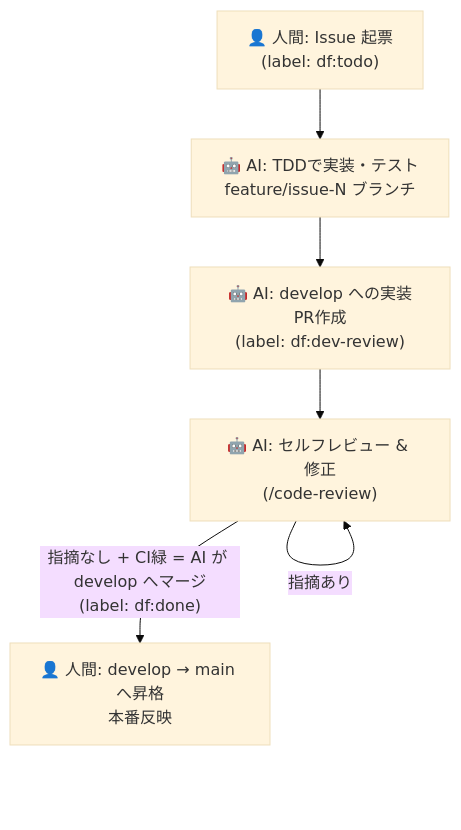
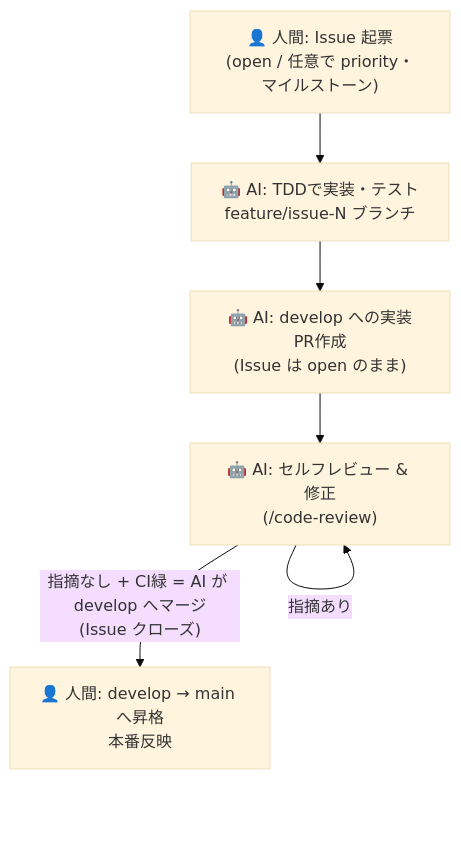
One commit to itizawa/ai-workspace changed the diagram in docs/dark-factory-workflow.md. Above: the diagram before and after it, drawn with Mermaid (base theme). The commit also changed other lines of this file and 4 other files, not shown here.

````diff
--- a/docs/dark-factory-workflow.md
+++ b/docs/dark-factory-workflow.md
@@ -9,8 +9,8 @@
 ```mermaid
 flowchart TD
-    A["👤 人間: Issue 起票<br/>(label: df:todo)"] --> D["🤖 AI: TDDで実装・テスト<br/>feature/issue-N ブランチ"]
-    D --> E["🤖 AI: develop への実装PR作成<br/>(label: df:dev-review)"]
+    A["👤 人間: Issue 起票<br/>(open / 任意で priority・マイルストーン)"] --> D["🤖 AI: TDDで実装・テスト<br/>feature/issue-N ブランチ"]
+    D --> E["🤖 AI: develop への実装PR作成<br/>(Issue は open のまま)"]
     E --> F["🤖 AI: セルフレビュー & 修正<br/>(/code-review)"]
     F -- 指摘あり --> F
-    F -- 指摘なし + CI緑 = AI が develop へマージ<br/>(label: df:done) --> H["👤 人間: develop → main へ昇格<br/>本番反映"]
+    F -- 指摘なし + CI緑 = AI が develop へマージ<br/>(Issue クローズ) --> H["👤 人間: develop → main へ昇格<br/>本番反映"]
 ```
````
